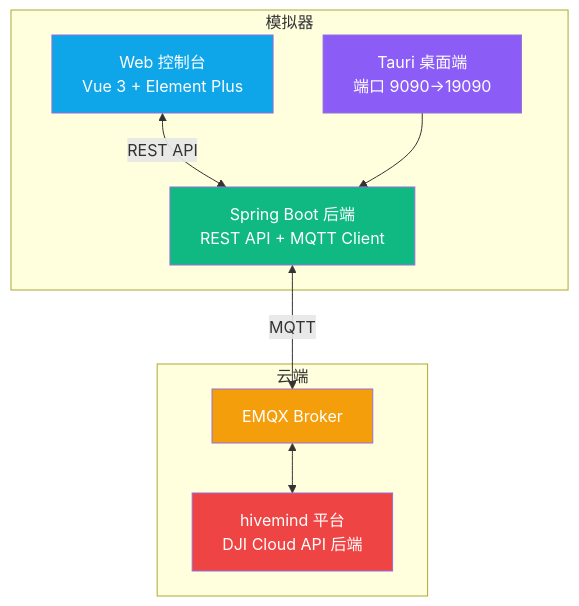
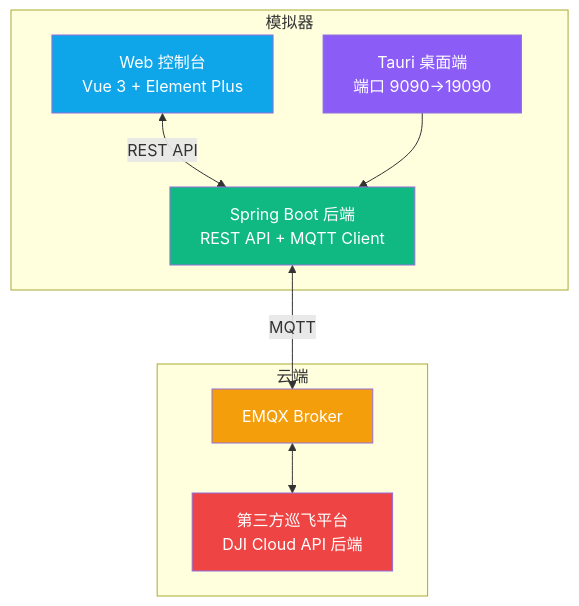
One commit to cdmiltd/hivemind-simulator changed the first of 2 diagrams in README.md. Above: the diagram before and after it, drawn with Mermaid. The commit also changed other lines of this file, not shown here.

Commit message:
docs: README 架构图和注册流程图中 hivemind 统一改为第三方巡飞平台

````diff
--- a/README.md
+++ b/README.md
@@ -71,24 +71,24 @@
 ```mermaid
 graph TB
     subgraph 模拟器
         WEB[Web 控制台<br/>Vue 3 + Element Plus]
         BACK[Spring Boot 后端<br/>REST API + MQTT Client]
         TAURI[Tauri 桌面端<br/>端口 9090→19090]
     end
 
     subgraph 云端
         EMQX[EMQX Broker]
-        HIVE[hivemind 平台<br/>DJI Cloud API 后端]
+        HIVE[第三方巡飞平台<br/>DJI Cloud API 后端]
     end
 
     WEB <-->|REST API| BACK
     BACK <-->|MQTT| EMQX
     EMQX <--> HIVE
     TAURI --> BACK
 
     style WEB fill:#0ea5e9,color:#fff
     style BACK fill:#10b981,color:#fff
     style EMQX fill:#f59e0b,color:#fff
     style HIVE fill:#ef4444,color:#fff
     style TAURI fill:#8b5cf6,color:#fff
 ```
````
